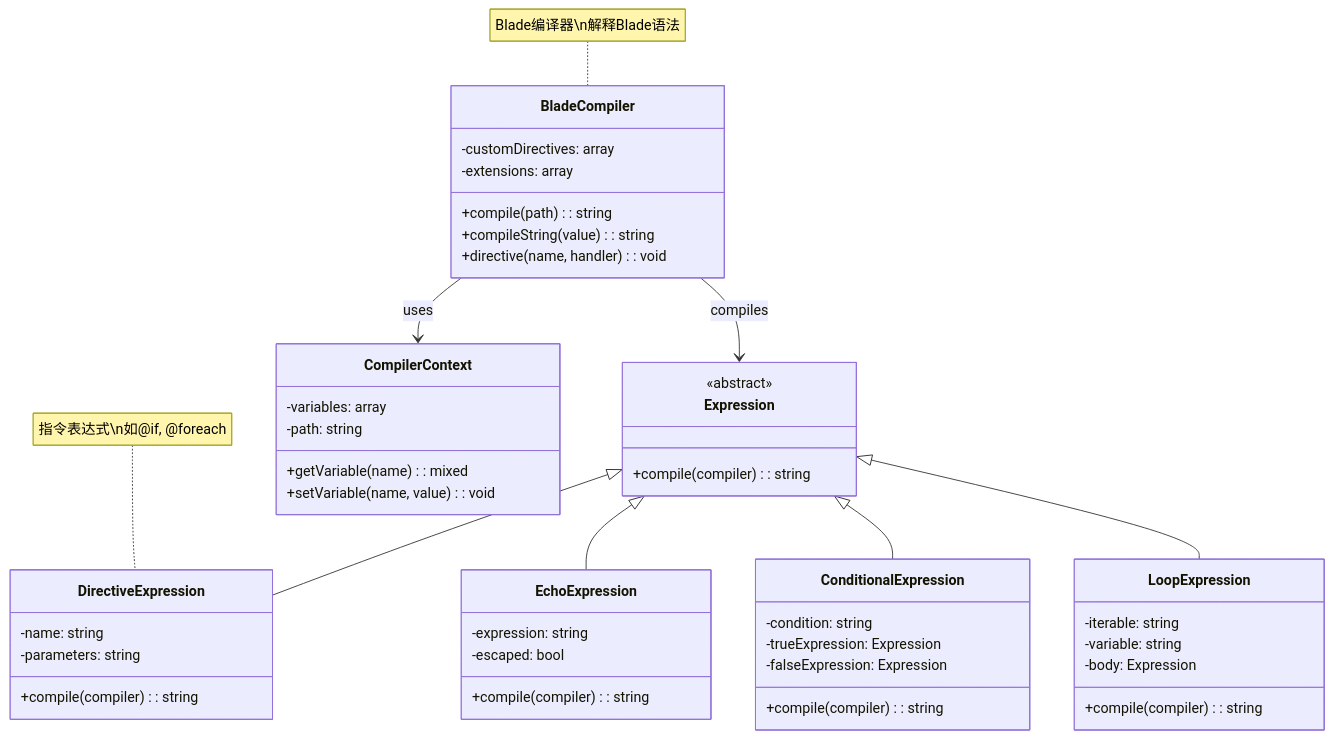
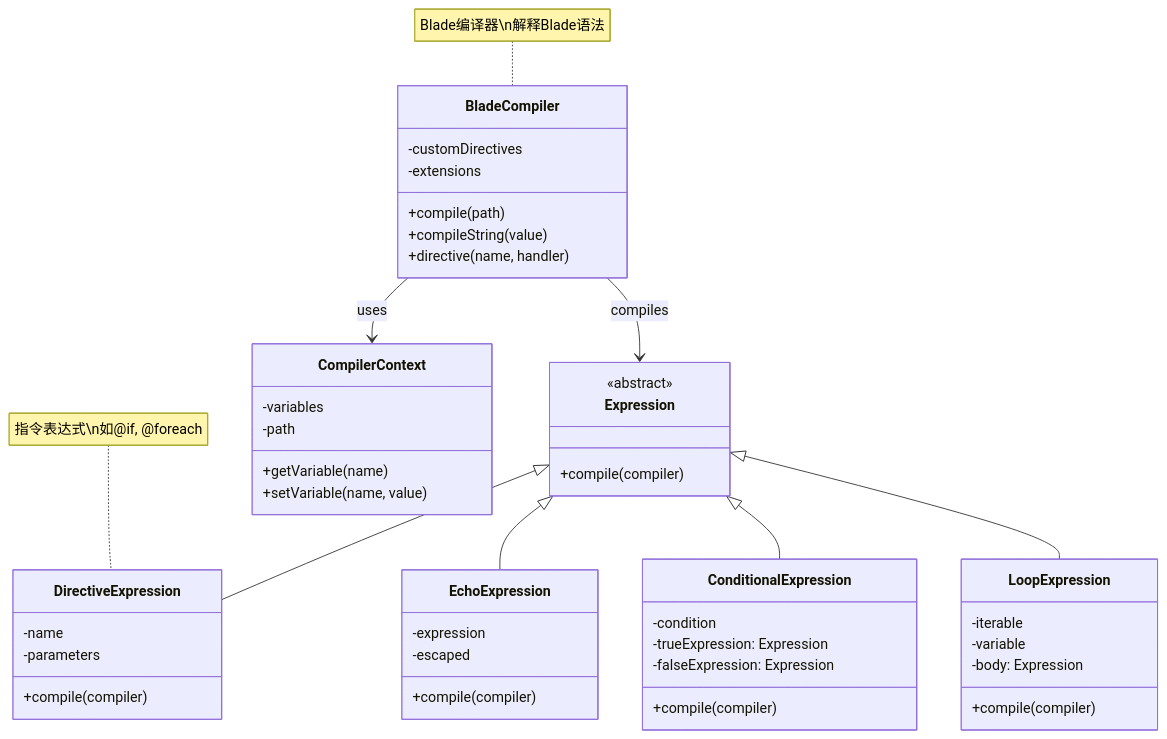
One commit to fanly/DesignPattern changed the second of 6 diagrams in resources/design-patterns/laravel/behavioral/interpreter_zh.md. Above: the diagram before and after it, drawn with Mermaid. The commit also changed other lines of this file and 103 other files, not shown here.

````diff
--- a/resources/design-patterns/laravel/behavioral/interpreter_zh.md
+++ b/resources/design-patterns/laravel/behavioral/interpreter_zh.md
@@ -49,58 +49,58 @@
 ```mermaid
 classDiagram
     class BladeCompiler {
-        -customDirectives: array
-        -extensions: array
-        +compile(path): string
-        +compileString(value): string
-        +directive(name, handler): void
+        -customDirectives
+        -extensions
+        +compile(path)
+        +compileString(value)
+        +directive(name, handler)
     }
     
     class Expression {
         <<abstract>>
-        +compile(compiler): string
+        +compile(compiler)
     }
     
     class DirectiveExpression {
-        -name: string
-        -parameters: string
-        +compile(compiler): string
+        -name
+        -parameters
+        +compile(compiler)
     }
     
     class EchoExpression {
-        -expression: string
-        -escaped: bool
-        +compile(compiler): string
+        -expression
+        -escaped
+        +compile(compiler)
     }
     
     class ConditionalExpression {
-        -condition: string
+        -condition
         -trueExpression: Expression
         -falseExpression: Expression
-        +compile(compiler): string
+        +compile(compiler)
     }
     
     class LoopExpression {
-        -iterable: string
-        -variable: string
+        -iterable
+        -variable
         -body: Expression
-        +compile(compiler): string
+        +compile(compiler)
     }
     
     class CompilerContext {
-        -variables: array
-        -path: string
-        +getVariable(name): mixed
-        +setVariable(name, value): void
+        -variables
+        -path
+        +getVariable(name)
+        +setVariable(name, value)
     }
     
     BladeCompiler --> Expression : compiles
     Expression <|-- DirectiveExpression
     Expression <|-- EchoExpression
     Expression <|-- ConditionalExpression
     Expression <|-- LoopExpression
     BladeCompiler --> CompilerContext : uses
     
     note for BladeCompiler "Blade编译器\n解释Blade语法"
     note for DirectiveExpression "指令表达式\n如@if, @foreach"
 ```
````
